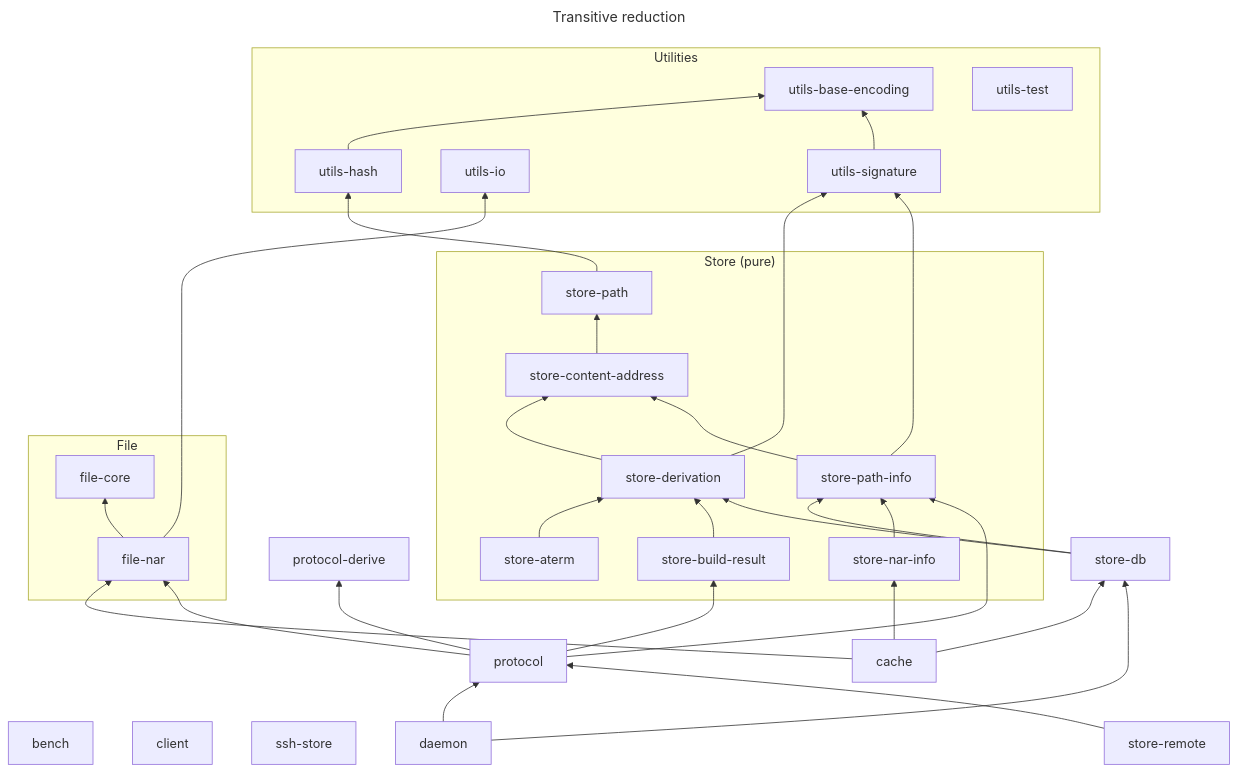
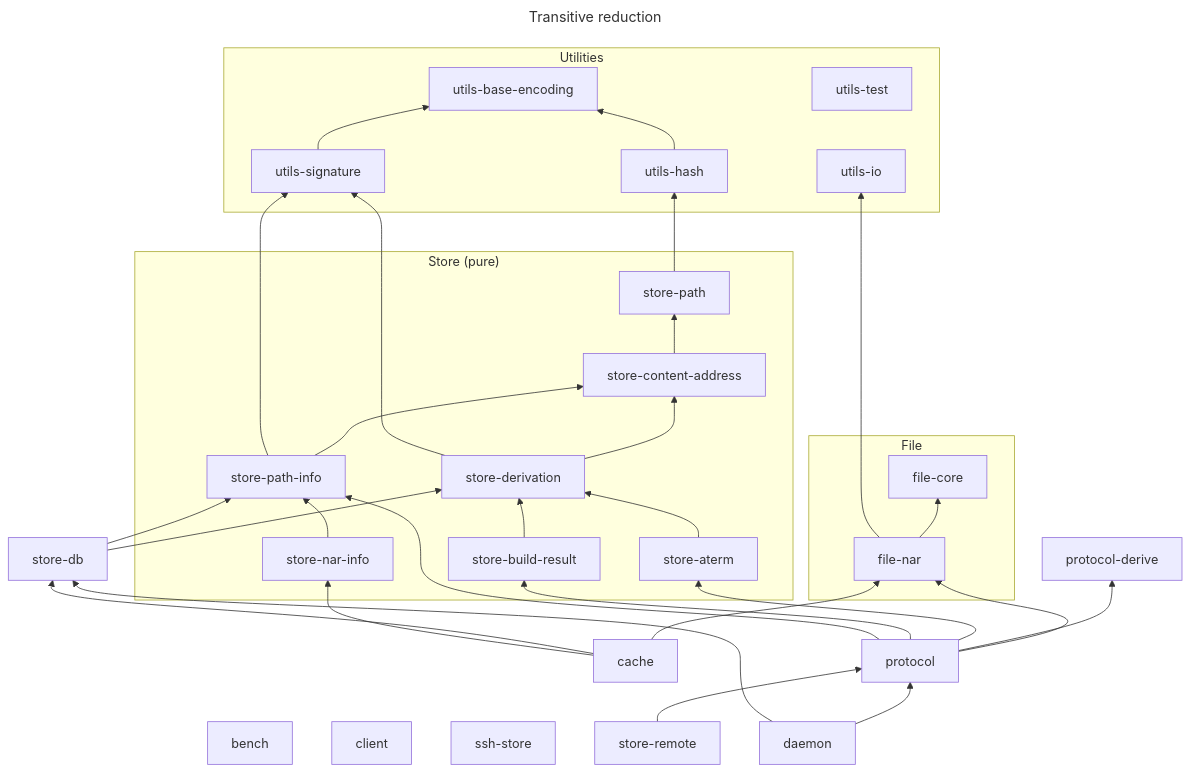
The diagram in docs/architecture/harmonia-store-structure.md (nix-community/harmonia), drawn with Mermaid before and after one commit. The commit also changed 9 other files, not shown here.

First line of the commit message:
aterm: share `RawOutput` with protocol, parameterize hash encoding

````diff
--- a/docs/architecture/harmonia-store-structure.md
+++ b/docs/architecture/harmonia-store-structure.md
@@ -79,54 +79,55 @@
 ```mermaid
 ---
 title: Transitive reduction
 ---
 graph BT
     subgraph "Utilities"
         utils-base-encoding
         utils-hash
         utils-io
         utils-signature
         utils-test
     end
     subgraph "Store (pure)"
         store-aterm
         store-build-result
         store-content-address
         store-derivation
         store-nar-info
         store-path
         store-path-info
     end
     subgraph "File"
         file-core
         file-nar
     end
     bench
     client
     ssh-store
     file-nar --> file-core
     file-nar --> utils-io
     utils-hash --> utils-base-encoding
     utils-signature --> utils-base-encoding
     store-path --> utils-hash
     store-content-address --> store-path
     store-derivation --> store-content-address
     store-derivation --> utils-signature
     store-path-info --> store-content-address
     store-path-info --> utils-signature
     store-aterm --> store-derivation
     store-build-result --> store-derivation
     store-db --> store-derivation
     store-db --> store-path-info
     store-nar-info --> store-path-info
     cache --> file-nar
     cache --> store-db
     cache --> store-nar-info
     protocol --> file-nar
     protocol --> protocol-derive
+    protocol --> store-aterm
     protocol --> store-build-result
     protocol --> store-path-info
     daemon --> protocol
     daemon --> store-db
     store-remote --> protocol
 ```
````
